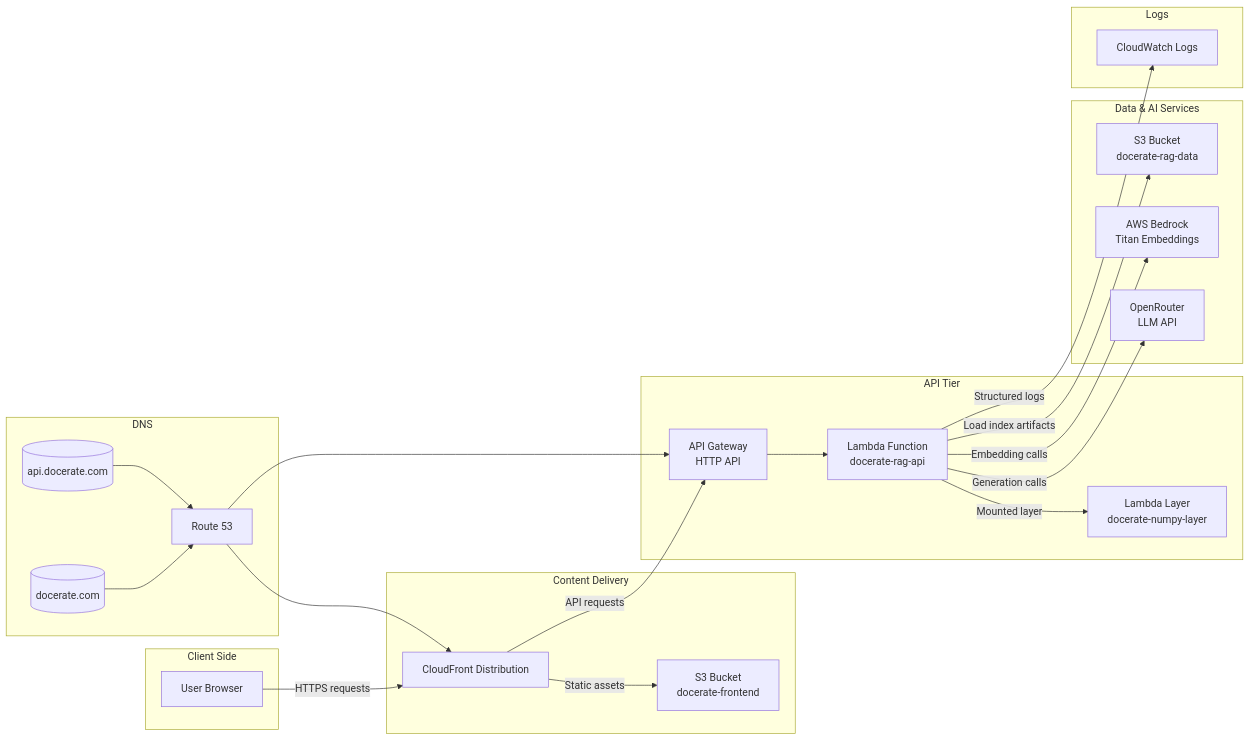
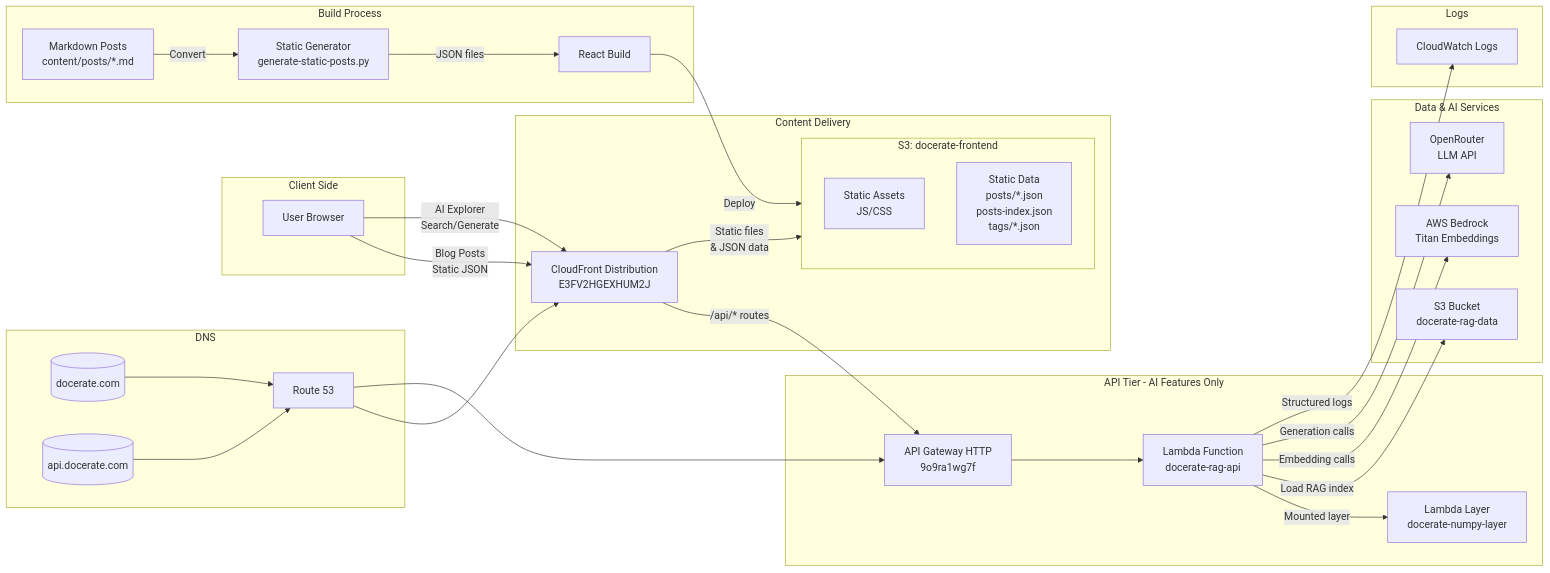
The diagram in docs/infrastructure_diagram.md (DonTron-prog/docerate), drawn with Mermaid before and after one commit. The commit also changed other lines of this file and 50 other files, not shown here.

First line of the commit message:
Implement static blog generation for improved performance

````diff
--- a/docs/infrastructure_diagram.md
+++ b/docs/infrastructure_diagram.md
@@ -3,49 +3,62 @@
 ```mermaid
 flowchart LR
     subgraph UserSide[Client Side]
         U[User Browser]
     end
 
-    subgraph Delivery[Content Delivery]
-        CF[CloudFront Distribution]
-        S3Frontend[S3 Bucket<br/>docerate-frontend]
+    subgraph BuildTime[Build Process]
+        MD[Markdown Posts<br/>content/posts/*.md]
+        GEN[Static Generator<br/>generate-static-posts.py]
+        MD -->|Convert| GEN
+        GEN -->|JSON files| BUILD[React Build]
     end
 
-    subgraph ApiTier[API Tier]
-        APIGW[API Gateway<br/>HTTP API]
+    subgraph Delivery[Content Delivery]
+        CF[CloudFront Distribution<br/>E3FV2HGEXHUM2J]
+        subgraph S3Frontend[S3: docerate-frontend]
+            STATIC[Static Assets<br/>JS/CSS]
+            SDATA[Static Data<br/>posts/*.json<br/>posts-index.json<br/>tags/*.json]
+        end
+    end
+
+    subgraph ApiTier[API Tier - AI Features Only]
+        APIGW[API Gateway HTTP<br/>9o9ra1wg7f]
         LAMBDA[Lambda Function<br/>docerate-rag-api]
         LAYER[Lambda Layer<br/>docerate-numpy-layer]
     end
 
     subgraph DataServices[Data & AI Services]
         S3Data[S3 Bucket<br/>docerate-rag-data]
         Bedrock[AWS Bedrock<br/>Titan Embeddings]
         OpenRouter[OpenRouter<br/>LLM API]
     end
 
     subgraph Observability[Logs]
         CW[CloudWatch Logs]
     end
 
     subgraph DNSRouting[DNS]
         Route53[Route 53]
         Domain[(docerate.com)]
         APIDomain[(api.docerate.com)]
     end
 
-    U -->|HTTPS requests| CF
-    CF -->|Static assets| S3Frontend
-    CF -->|API requests| APIGW
+    U -->|Blog Posts<br/>Static JSON| CF
+    U -->|AI Explorer<br/>Search/Generate| CF
+    CF -->|Static files<br/>& JSON data| S3Frontend
+    CF -->|/api/* routes| APIGW
+
+    BUILD -->|Deploy| S3Frontend
 
     APIGW --> LAMBDA
     LAMBDA -->|Mounted layer| LAYER
-    LAMBDA -->|Load index artifacts| S3Data
+    LAMBDA -->|Load RAG index| S3Data
     LAMBDA -->|Embedding calls| Bedrock
     LAMBDA -->|Generation calls| OpenRouter
     LAMBDA -->|Structured logs| CW
 
     Domain --> Route53
     APIDomain --> Route53
     Route53 --> CF
     Route53 --> APIGW
 ```
````
